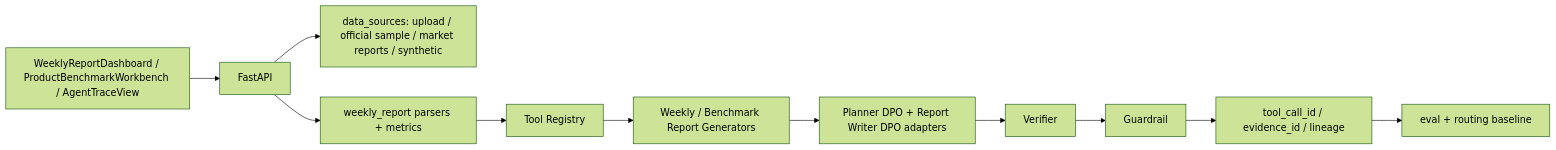
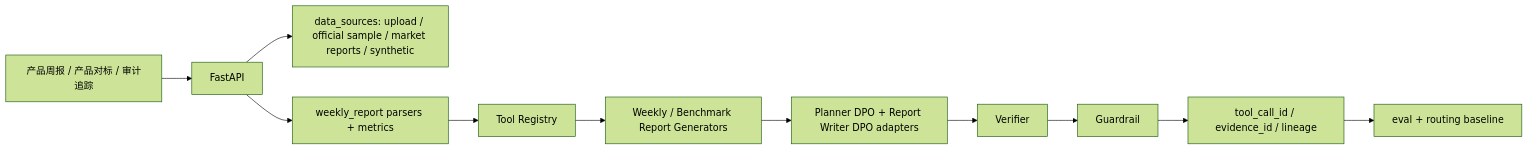
The diagram in README.md (cxy-peter/Wealth-management-Agent), drawn with Mermaid (forest theme) before and after one commit. The commit also changed other lines of this file and 16 other files, not shown here.

````diff
--- a/README.md
+++ b/README.md
@@ -72,13 +74,13 @@
 ```mermaid
 flowchart LR
-  UI["WeeklyReportDashboard / ProductBenchmarkWorkbench / AgentTraceView"] --> API["FastAPI"]
+  UI["产品周报 / 产品对标 / 审计追踪"] --> API["FastAPI"]
   API --> DS["data_sources: upload / official sample / market reports / synthetic"]
   API --> Weekly["weekly_report parsers + metrics"]
   Weekly --> Tools["Tool Registry"]
   Tools --> Reports["Weekly / Benchmark Report Generators"]
   Reports --> DPO["Planner DPO + Report Writer DPO adapters"]
   DPO --> Verifier["Verifier"]
   Verifier --> Guardrail["Guardrail"]
   Guardrail --> Trace["tool_call_id / evidence_id / lineage"]
   Trace --> Eval["eval + routing baseline"]
 ```
````
